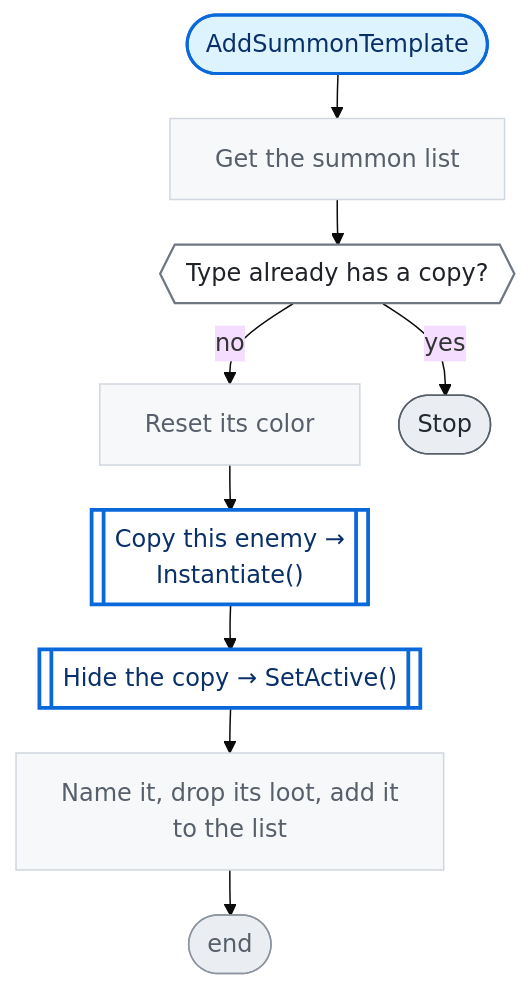
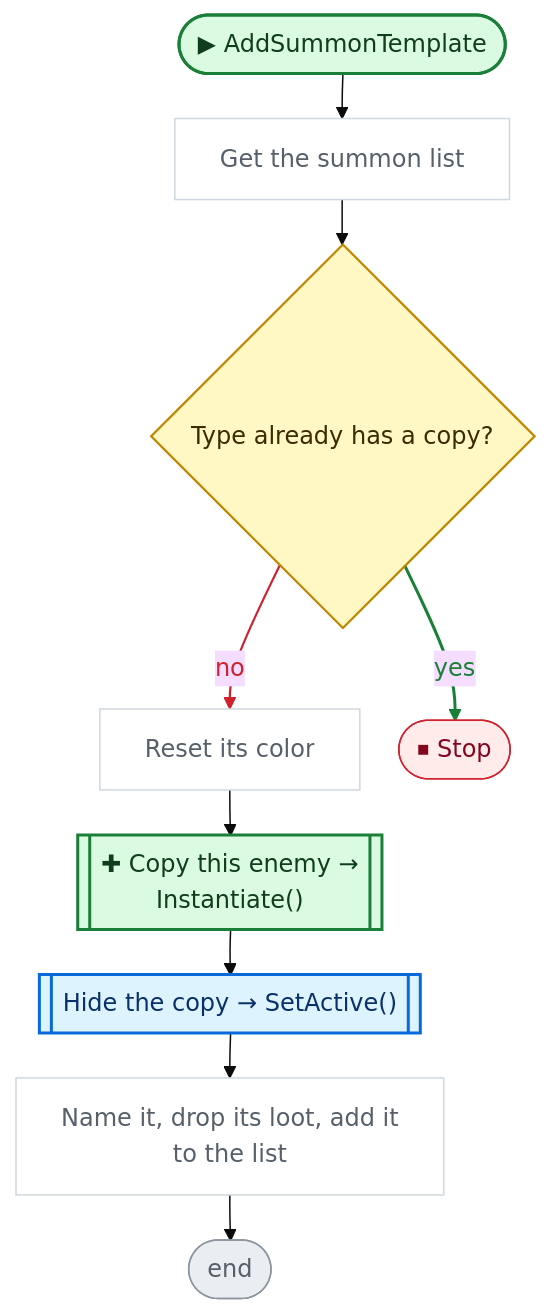
One commit to nataiai/Lord-of-the-Dungeon changed the fifth of 7 diagrams in CodeGraph~/graph/Enemy.cs.md. Above: the diagram before and after it, drawn with Mermaid (base theme). The commit also changed other lines of this file and 44 other files, not shown here.

````diff
--- a/CodeGraph~/graph/Enemy.cs.md
+++ b/CodeGraph~/graph/Enemy.cs.md
@@ -275,43 +297,50 @@
 ```mermaid
 ---
 config:
   flowchart:
     wrappingWidth: 260
     nodeSpacing: 26
     rankSpacing: 30
 ---
 flowchart TD
-  nS(["AddSummonTemplate"])
+  nS(["▶ AddSummonTemplate"])
   nca6752["Get the summon list"]
-  nec34b2{{"Type already has a copy?"}}
+  nec34b2{"Type already has a copy?"}
   n9e2a68["Reset its color"]
-  na4413f[["Copy this enemy →<br>Instantiate()"]]
+  na4413f[["✚ Copy this enemy →<br>Instantiate()"]]
   nd7af5b[["Hide the copy → SetActive()"]]
   n9dc6c6["Name it, drop its loot, add it<br>to the list"]
   nE(["end"])
-  nb2e4fc(["Stop"])
+  nb2e4fc(["⏹ Stop"])
   nS --> nca6752
   nca6752 --> nec34b2
   nec34b2 -->|no| n9e2a68
   nec34b2 -->|yes| nb2e4fc
   n9e2a68 --> na4413f
   na4413f --> nd7af5b
   nd7af5b --> n9dc6c6
   n9dc6c6 --> nE
-  classDef unity fill:#fff1c2,stroke:#9a6700,stroke-width:2px,color:#3b2300
-  classDef start fill:#ddf4ff,stroke:#0969da,stroke-width:2px,color:#0a3069
-  classDef calc fill:#f6f8fa,stroke:#d0d7de,color:#57606a
-  classDef calls fill:#ffffff,stroke:#0969da,stroke-width:2.5px,color:#0a3069
-  classDef cond fill:#ffffff,stroke:#6e7781,stroke-width:1.5px,color:#1f2328
-  classDef loop fill:#fbefff,stroke:#8250df,color:#3e1f79
-  classDef exit fill:#eaeef2,stroke:#57606a,color:#24292f
-  classDef wait fill:#fff8f0,stroke:#bc4c00,color:#4d1d00
+  linkStyle 2 stroke:#cf222e,stroke-width:1.5px,color:#cf222e
+  linkStyle 3 stroke:#1a7f37,stroke-width:2px,color:#1a7f37
+  classDef unity fill:#dafbe1,stroke:#1a7f37,stroke-width:2px,color:#0f3d1d
+  classDef start fill:#dafbe1,stroke:#1a7f37,stroke-width:2px,color:#0f3d1d
+  classDef calc fill:#ffffff,stroke:#d0d7de,color:#57606a
+  classDef calls fill:#ddf4ff,stroke:#0969da,stroke-width:2px,color:#0a3069
+  classDef ext fill:#ddf4ff,stroke:#0969da,stroke-width:2px,stroke-dasharray:5 3,color:#0a3069
+  classDef cond fill:#fff8c5,stroke:#bf8700,stroke-width:1.5px,color:#3d2a00
+  classDef loop fill:#f6f8fa,stroke:#57606a,color:#1f2328
+  classDef exit fill:#ffebe9,stroke:#cf222e,color:#82071e
+  classDef kill fill:#ffebe9,stroke:#cf222e,stroke-width:2px,color:#82071e
+  classDef spawn fill:#dafbe1,stroke:#1a7f37,stroke-width:2px,color:#0f3d1d
+  classDef wait fill:#fff1e5,stroke:#bc4c00,color:#4d1d00
   classDef fin fill:#eaeef2,stroke:#8c959f,color:#57606a
   classDef join fill:#d0d7de,stroke:#8c959f,color:#57606a
+  classDef ghdr fill:#f5f9ff,stroke:#f5f9ff,color:#0a3069,font-weight:bold
   class nca6752,n9e2a68,n9dc6c6 calc
-  class na4413f,nd7af5b calls
+  class nd7af5b calls
   class nec34b2 cond
   class nb2e4fc exit
   class nE fin
+  class na4413f spawn
   class nS start
 ```
````
